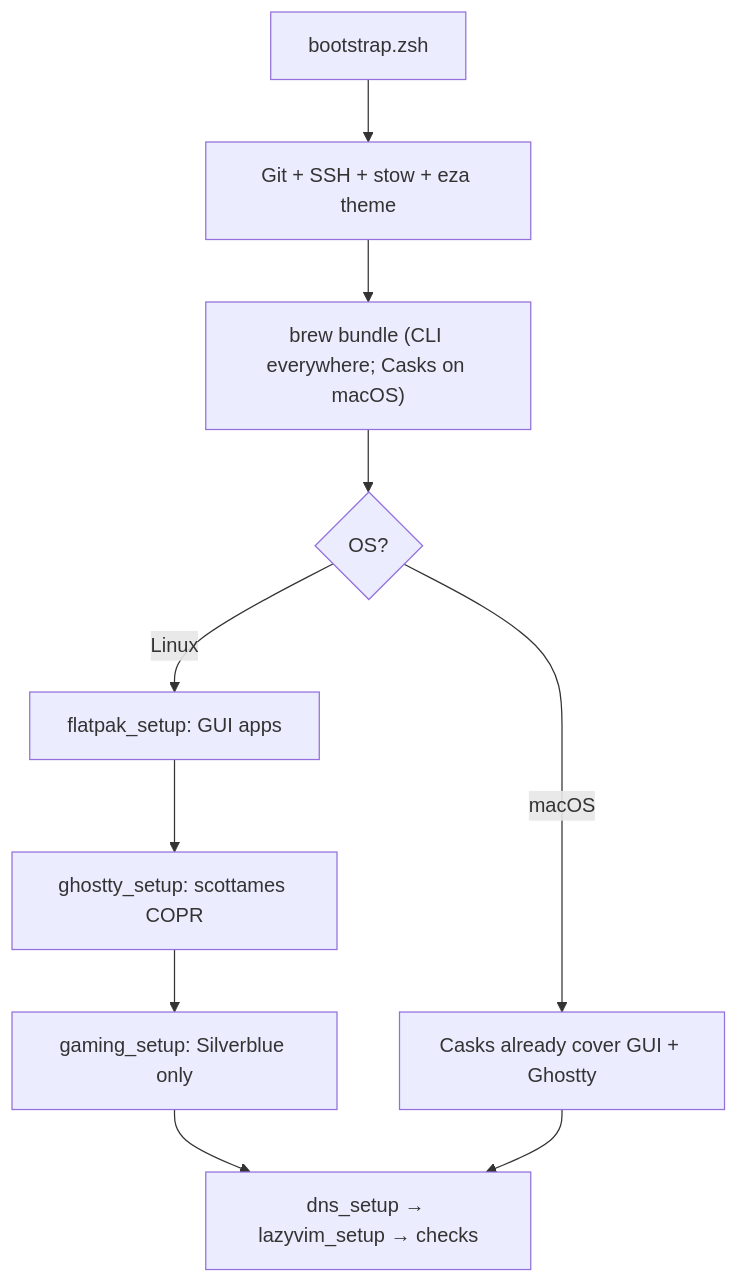
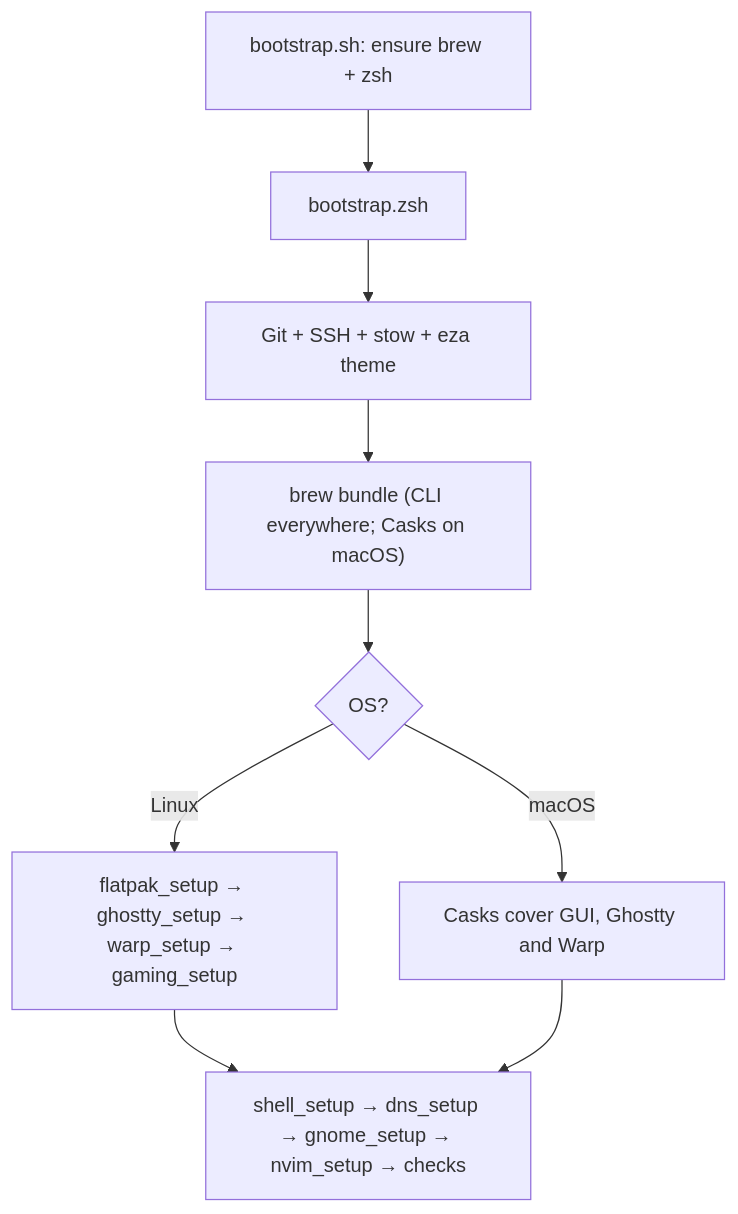
Before and after one commit to bourbonfgiles/dotfiles: the diagram in readme.md, drawn with Mermaid. The commit also changed other lines of this file and 16 other files, not shown here.

Commit message:
Chain bootstrap via bootstrap.sh; Warp rpm-ostree, default zsh, GNOME tiling/dock, DoT without WARP, non-destructive nvim; fix brew taps

````diff
--- a/readme.md
+++ b/readme.md
@@ -49,12 +51,11 @@
 ```mermaid
 flowchart TD
-  A[bootstrap.zsh] --> B[Git + SSH + stow + eza theme]
+  S[bootstrap.sh: ensure brew + zsh] --> A[bootstrap.zsh]
+  A --> B[Git + SSH + stow + eza theme]
   B --> C["brew bundle (CLI everywhere; Casks on macOS)"]
   C --> D{OS?}
-  D -->|Linux| E[flatpak_setup: GUI apps]
-  E --> F[ghostty_setup: scottames COPR]
-  F --> G[gaming_setup: Silverblue only]
-  D -->|macOS| H[Casks already cover GUI + Ghostty]
-  G --> I[dns_setup → lazyvim_setup → checks]
-  H --> I
+  D -->|Linux| E[flatpak_setup → ghostty_setup → warp_setup → gaming_setup]
+  D -->|macOS| H[Casks cover GUI, Ghostty and Warp]
+  E --> Z[shell_setup → dns_setup → gnome_setup → nvim_setup → checks]
+  H --> Z
 ```
````
